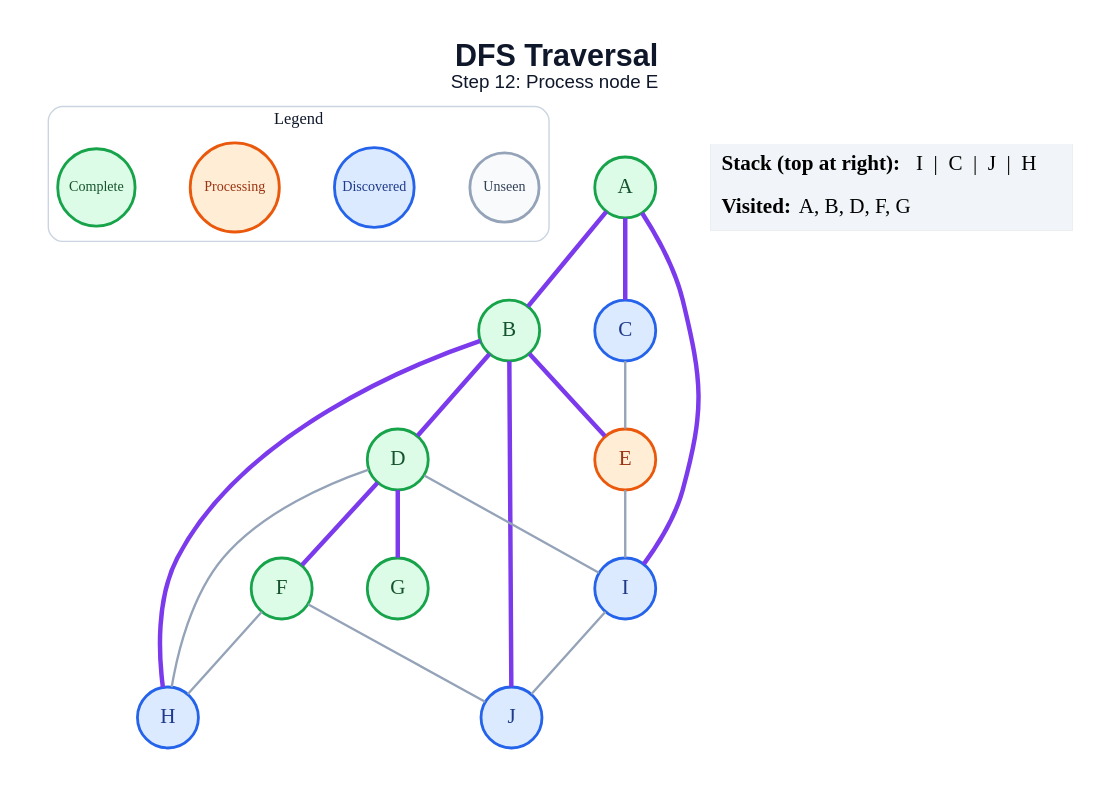
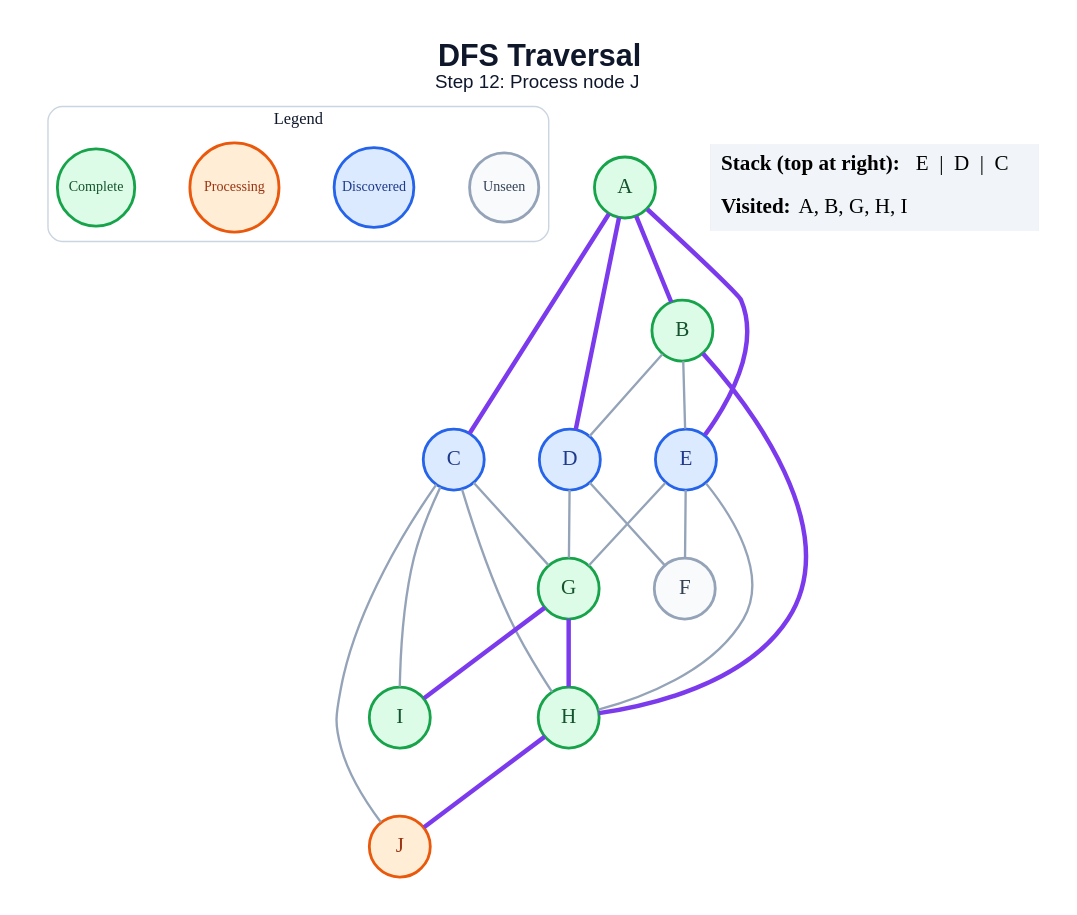
The diagram in generated/dfs/step_12.dot (amanghodawala9/ai-slop), drawn with Graphviz before and after one commit. The commit also changed 178 other files, not shown here.

```diff
--- a/generated/dfs/step_12.dot
+++ b/generated/dfs/step_12.dot
@@ -1,45 +1,48 @@
 graph traversal {
   graph [layout=dot, rankdir=TB, bgcolor="#FFFFFF", pad="0.35", nodesep="0.65", ranksep="0.8", fontname="Arial"];
   node [shape=circle, style="filled", fontname="Arial Bold", fontsize=18, width=0.72, fixedsize=true, penwidth=2.4];
   edge [color="#94A3B8", penwidth=2.0];
-  label=<<B>DFS Traversal</B><BR/><FONT POINT-SIZE="16">Step 12: Process node E</FONT>>; labelloc="t"; fontsize=26; fontname="Arial"; fontcolor="#0F172A";
+  label=<<B>DFS Traversal</B><BR/><FONT POINT-SIZE="16">Step 12: Process node J</FONT>>; labelloc="t"; fontsize=26; fontname="Arial"; fontcolor="#0F172A";
   subgraph cluster_legend { label="Legend"; color="#CBD5E1"; penwidth=1.2; style="rounded"; fontsize=14; fontname="Arial Bold";
     key_unseen [label="Unseen", fillcolor="#F8FAFC", color="#94A3B8", fontcolor="#334155", fontsize=12, width=0.82];
     key_frontier [label="Discovered", fillcolor="#DBEAFE", color="#2563EB", fontcolor="#1E3A8A", fontsize=12, width=0.95];
     key_current [label="Processing", fillcolor="#FFEDD5", color="#EA580C", fontcolor="#9A3412", fontsize=12, width=1.05];
     key_done [label="Complete", fillcolor="#DCFCE7", color="#16A34A", fontcolor="#14532D", fontsize=12, width=0.92];
     { rank=same; key_unseen; key_frontier; key_current; key_done; }
   }
   A [fillcolor="#DCFCE7", color="#16A34A", fontcolor="#14532D"];
   B [fillcolor="#DCFCE7", color="#16A34A", fontcolor="#14532D"];
   C [fillcolor="#DBEAFE", color="#2563EB", fontcolor="#1E3A8A"];
-  D [fillcolor="#DCFCE7", color="#16A34A", fontcolor="#14532D"];
-  E [fillcolor="#FFEDD5", color="#EA580C", fontcolor="#9A3412"];
-  F [fillcolor="#DCFCE7", color="#16A34A", fontcolor="#14532D"];
+  D [fillcolor="#DBEAFE", color="#2563EB", fontcolor="#1E3A8A"];
+  E [fillcolor="#DBEAFE", color="#2563EB", fontcolor="#1E3A8A"];
+  F [fillcolor="#F8FAFC", color="#94A3B8", fontcolor="#334155"];
   G [fillcolor="#DCFCE7", color="#16A34A", fontcolor="#14532D"];
-  H [fillcolor="#DBEAFE", color="#2563EB", fontcolor="#1E3A8A"];
-  I [fillcolor="#DBEAFE", color="#2563EB", fontcolor="#1E3A8A"];
-  J [fillcolor="#DBEAFE", color="#2563EB", fontcolor="#1E3A8A"];
+  H [fillcolor="#DCFCE7", color="#16A34A", fontcolor="#14532D"];
+  I [fillcolor="#DCFCE7", color="#16A34A", fontcolor="#14532D"];
+  J [fillcolor="#FFEDD5", color="#EA580C", fontcolor="#9A3412"];
   A -- B [color="#7C3AED", penwidth=3.8];
   A -- C [color="#7C3AED", penwidth=3.8];
-  A -- I [color="#7C3AED", penwidth=3.8];
-  B -- D [color="#7C3AED", penwidth=3.8];
-  B -- E [color="#7C3AED", penwidth=3.8];
+  A -- D [color="#7C3AED", penwidth=3.8];
+  A -- E [color="#7C3AED", penwidth=3.8];
+  B -- D;
+  B -- E;
   B -- H [color="#7C3AED", penwidth=3.8];
-  B -- J [color="#7C3AED", penwidth=3.8];
-  C -- E;
-  D -- F [color="#7C3AED", penwidth=3.8];
-  D -- G [color="#7C3AED", penwidth=3.8];
-  D -- H;
-  D -- I;
-  E -- I;
-  F -- H;
-  F -- J;
-  I -- J;
+  C -- G;
+  C -- H;
+  C -- I;
+  C -- J;
+  D -- F;
+  D -- G;
+  E -- F;
+  E -- G;
+  E -- H;
+  G -- H [color="#7C3AED", penwidth=3.8];
+  G -- I [color="#7C3AED", penwidth=3.8];
+  H -- J [color="#7C3AED", penwidth=3.8];
   status [shape=plain, fixedsize=false, width=0, height=0, margin=0, label=<
     <TABLE BORDER="0" CELLBORDER="0" CELLPADDING="7" BGCOLOR="#F1F5F9">
-      <TR><TD ALIGN="LEFT"><B>Stack (top at right):</B> I  |  C  |  J  |  H</TD></TR>
-      <TR><TD ALIGN="LEFT"><B>Visited:</B> A, B, D, F, G</TD></TR>
+      <TR><TD ALIGN="LEFT"><B>Stack (top at right):</B> E  |  D  |  C</TD></TR>
+      <TR><TD ALIGN="LEFT"><B>Visited:</B> A, B, G, H, I</TD></TR>
     </TABLE>
   >];
 }
```
